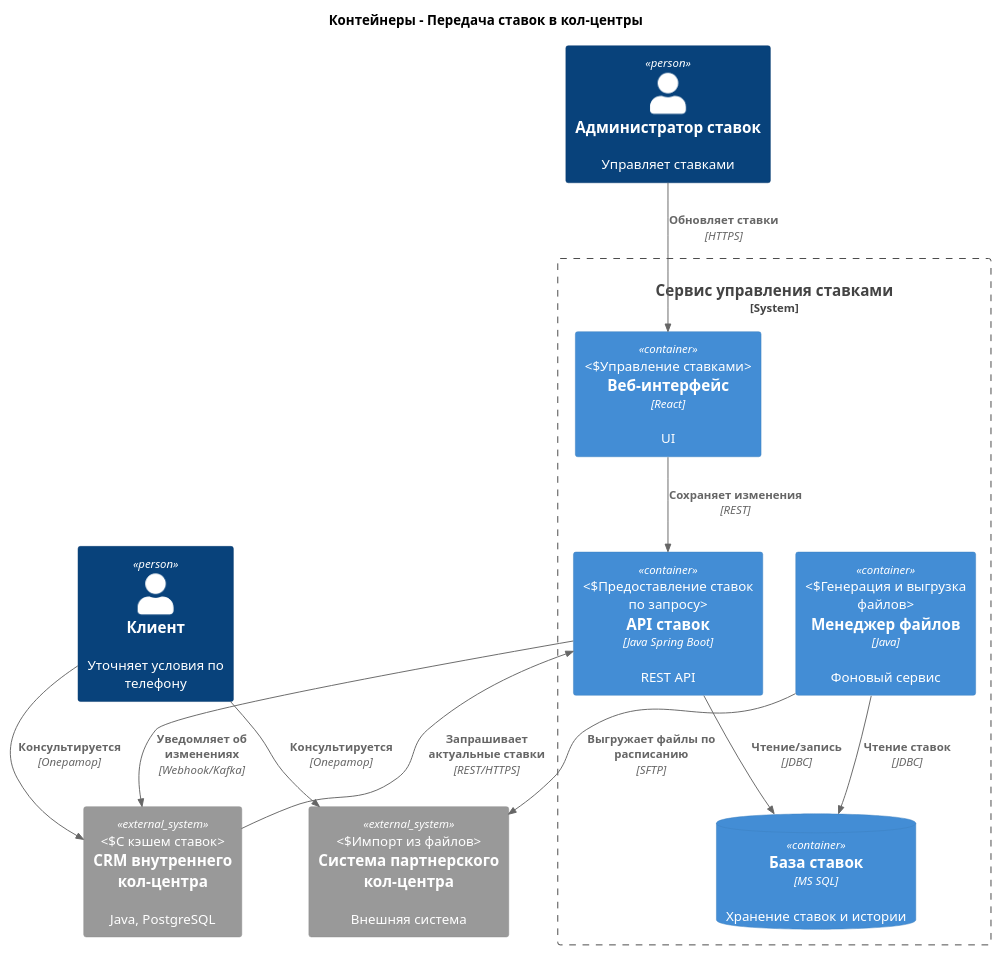
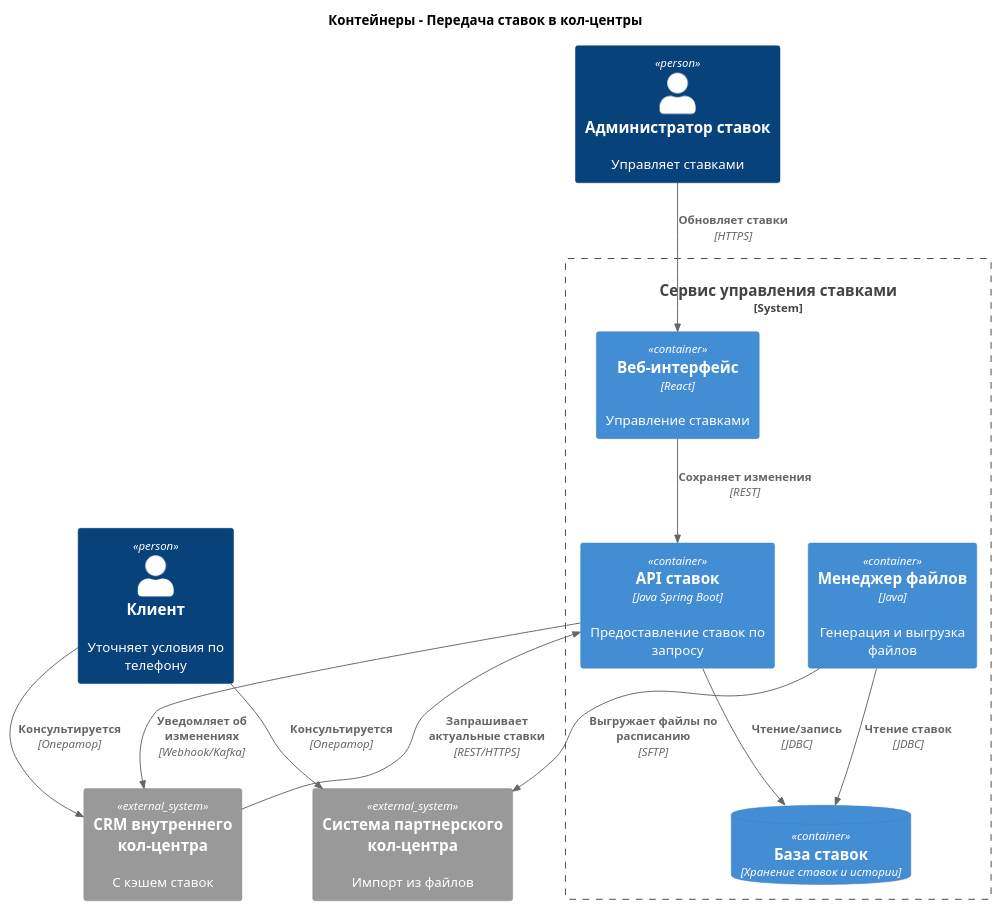
One commit to ana-staa-siia/architecture-standart changed the diagram in Task4/Container.puml. Above: the diagram before and after it, drawn with PlantUML. The commit also changed 2 other files, not shown here.

```diff
--- a/Task4/Container.puml
+++ b/Task4/Container.puml
@@ -1,33 +1,33 @@
 @startuml Container_Rates
 !includeurl https://raw.githubusercontent.com/plantuml-stdlib/C4-PlantUML/master/C4_Container.puml
 
 title Контейнеры - Передача ставок в кол-центры
 
 Person(клиент, "Клиент", "Уточняет условия по телефону")
 Person(администратор, "Администратор ставок", "Управляет ставками")
 
 System_Boundary(сервис_ставок, "Сервис управления ставками") {
-    Container(api_ставок, "API ставок", "Java Spring Boot", "REST API", "Предоставление ставок по запросу")
-    Container(менеджер_файлов, "Менеджер файлов", "Java", "Фоновый сервис", "Генерация и выгрузка файлов")
-    ContainerDb(бд_ставок, "База ставок", "MS SQL", "Хранение ставок и истории")
-    Container(веб_интерфейс, "Веб-интерфейс", "React", "UI", "Управление ставками")
+    Container(api_ставок, "API ставок", "Java Spring Boot", "Предоставление ставок по запросу")
+    Container(менеджер_файлов, "Менеджер файлов", "Java", "Генерация и выгрузка файлов")
+    ContainerDb(бд_ставок, "База ставок", "Хранение ставок и истории")
+    Container(веб_интерфейс, "Веб-интерфейс", "React", "Управление ставками")
 }
 
-System_Ext(crm_внутренний, "CRM внутреннего кол-центра", "Java, PostgreSQL", "С кэшем ставок")
-System_Ext(система_партнера, "Система партнерского кол-центра", "Внешняя система", "Импорт из файлов")
+System_Ext(crm_внутренний, "CRM внутреннего кол-центра", "С кэшем ставок")
+System_Ext(система_партнера, "Система партнерского кол-центра", "Импорт из файлов")
 
 ' Взаимодействия
 Rel(администратор, веб_интерфейс, "Обновляет ставки", "HTTPS")
 Rel(веб_интерфейс, api_ставок, "Сохраняет изменения", "REST")
 Rel(api_ставок, бд_ставок, "Чтение/запись", "JDBC")
 
 Rel(crm_внутренний, api_ставок, "Запрашивает актуальные ставки", "REST/HTTPS")
 Rel(api_ставок, crm_внутренний, "Уведомляет об изменениях", "Webhook/Kafka")
 
 Rel(менеджер_файлов, бд_ставок, "Чтение ставок", "JDBC")
 Rel(менеджер_файлов, система_партнера, "Выгружает файлы по расписанию", "SFTP")
 
 Rel(клиент, crm_внутренний, "Консультируется", "Оператор")
 Rel(клиент, система_партнера, "Консультируется", "Оператор")
 
 @enduml
```
